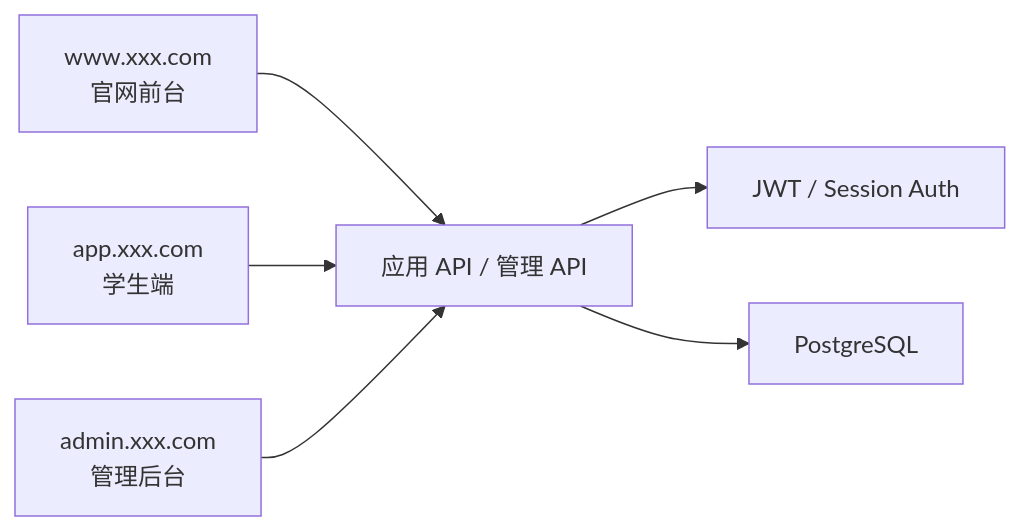
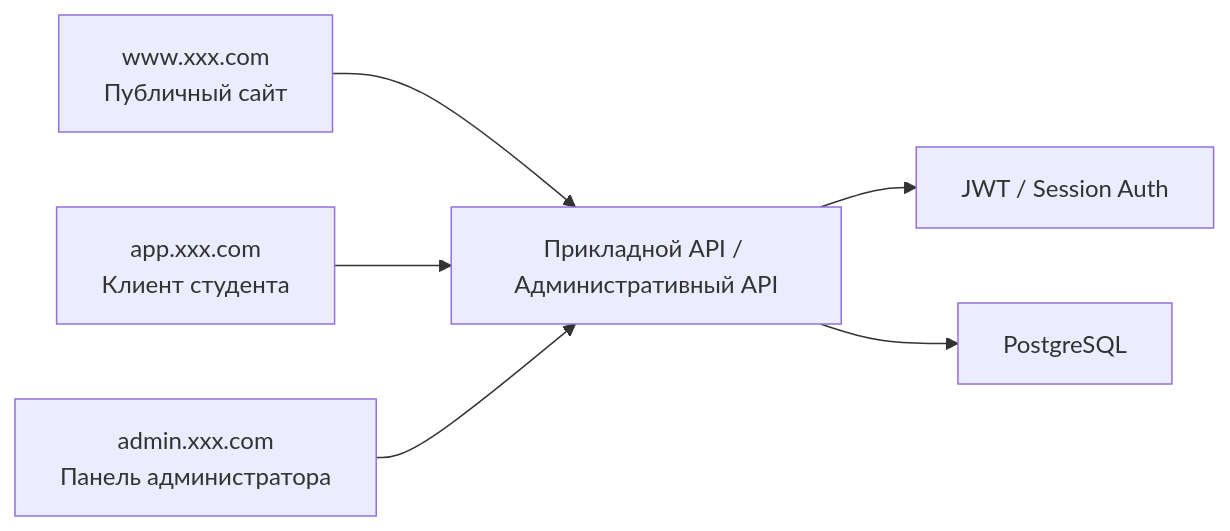
One commit to Libertad-Harbour-LLC/study_vibe changed the first of 2 diagrams in docs/ru-ru/stage-2/assignments/exam-management-express/PRD.md. Above: the diagram before and after it, drawn with Mermaid. The commit also changed other lines of this file and 17 other files, not shown here.

````diff
--- a/docs/ru-ru/stage-2/assignments/exam-management-express/PRD.md
+++ b/docs/ru-ru/stage-2/assignments/exam-management-express/PRD.md
@@ -15,8 +15,8 @@
 ```mermaid
 flowchart LR
-  HOME["www.xxx.com<br/>官网前台"] --> API["应用 API / 管理 API"]
-  STUDENT["app.xxx.com<br/>学生端"] --> API
-  ADMIN["admin.xxx.com<br/>管理后台"] --> API
+  HOME["www.xxx.com<br/>Публичный сайт"] --> API["Прикладной API / Административный API"]
+  STUDENT["app.xxx.com<br/>Клиент студента"] --> API
+  ADMIN["admin.xxx.com<br/>Панель администратора"] --> API
   API --> AUTH["JWT / Session Auth"]
   API --> DB["PostgreSQL"]
 ```
````
